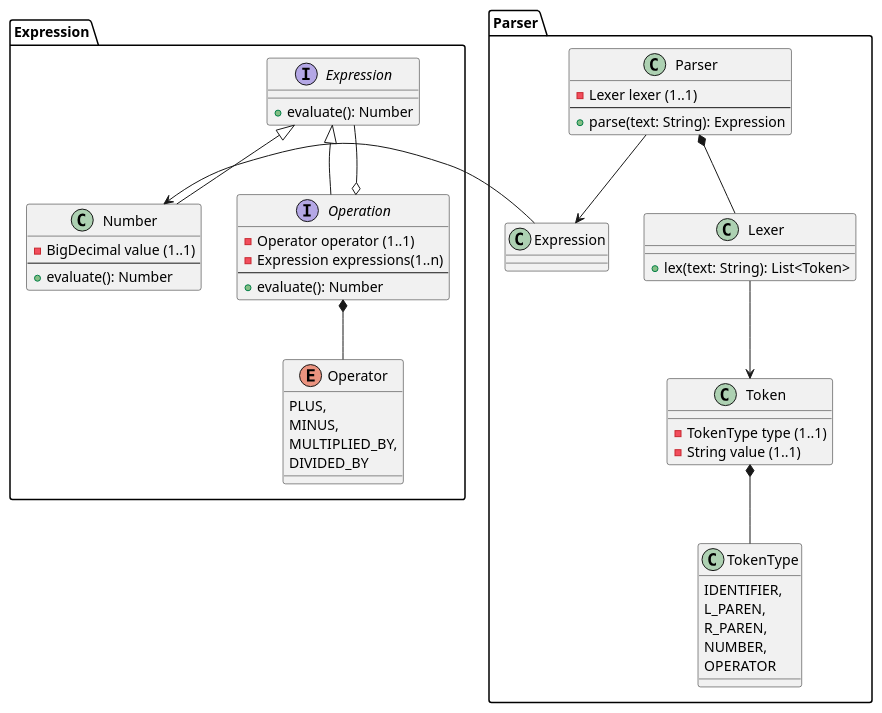
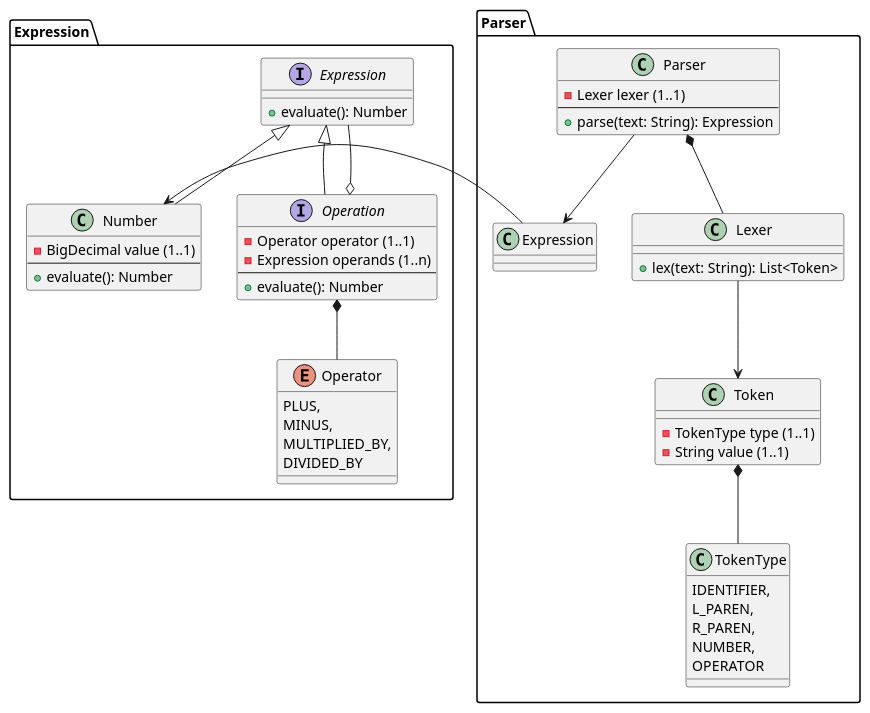
One commit to TristanoSuriani/tdd-calculator-dsl-kata changed the diagram in docs/ClassDiagramModel.puml. Above: the diagram before and after it, drawn with PlantUML. The commit also changed 1 other file, not shown here.

```diff
--- a/docs/ClassDiagramModel.puml
+++ b/docs/ClassDiagramModel.puml
@@ -1,67 +1,67 @@
 @startuml
 
 package Expression {
 
   interface Expression {
     +evaluate(): Number
   }
 
   interface Operation {
       -Operator operator (1..1)
-      -Expression expressions(1..n)
+      -Expression operands (1..n)
       --
       +evaluate(): Number
     }
 
   class Number {
     -BigDecimal value (1..1)
     --
     +evaluate(): Number
   }
 
   enum Operator {
     PLUS,
     MINUS,
     MULTIPLIED_BY,
     DIVIDED_BY
   }
 
   Operation o-down- Expression
   Operation *-down- Operator
   Number -up-|> Expression
   Operation -up-|> Expression
 }
 
 package Parser {
   class Parser {
     -Lexer lexer (1..1)
     --
     +parse(text: String): Expression
   }
 
   class Lexer {
     +lex(text: String): List<Token>
   }
 
   class Token {
     -TokenType type (1..1)
     -String value (1..1)
   }
 
   class TokenType {
     IDENTIFIER,
     L_PAREN,
     R_PAREN,
     NUMBER,
     OPERATOR
   }
 
   Parser *-down- Lexer
   Parser -down-> Expression
   Lexer -down-> Token
   Token *-down- TokenType
   Expression -left-> Number
 }
 
 
 @enduml
```
